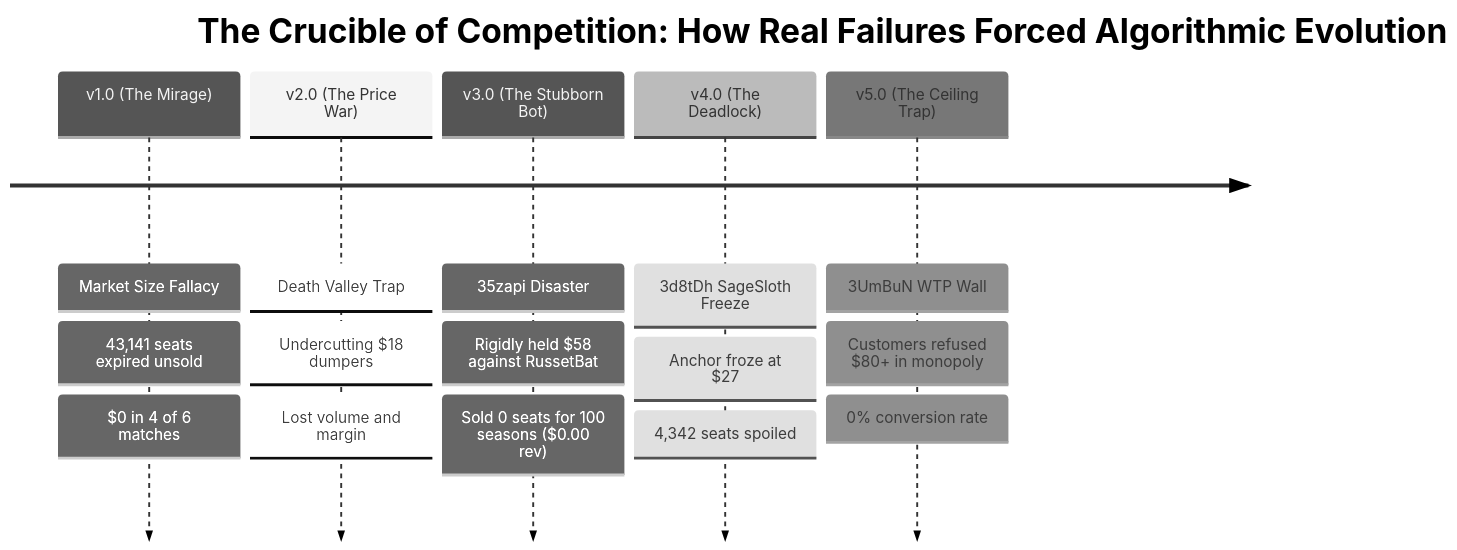
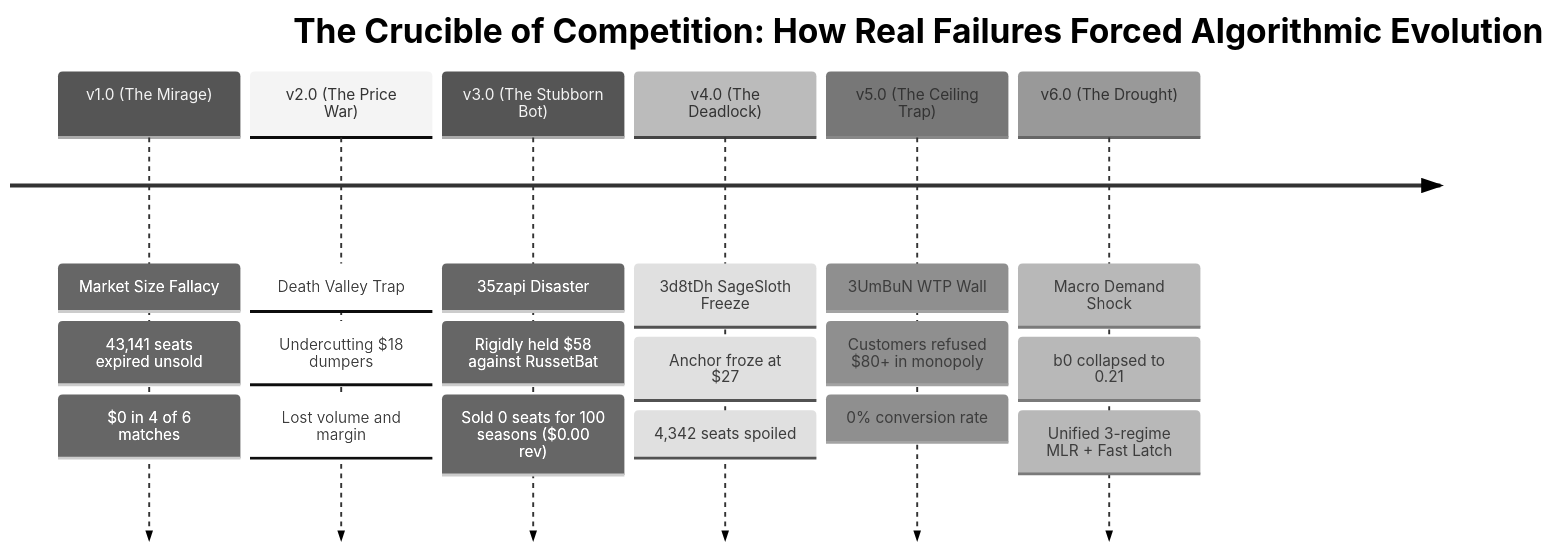
One commit to RamezCh/Learning-Optimization changed the second of 4 diagrams in PRESENTATION.md. Above: the diagram before and after it, drawn with Mermaid (neutral theme). The commit also changed other lines of this file and 16 other files, not shown here.

Commit message:
feat(v6.0): unify econometric MLR engine with 3-regime priors, fast low-demand detection, and simulation studio

````diff
--- a/PRESENTATION.md
+++ b/PRESENTATION.md
@@ -48,9 +48,10 @@
 ```mermaid
 timeline
     title The Crucible of Competition: How Real Failures Forced Algorithmic Evolution
     v1.0 (The Mirage) : Market Size Fallacy : 43,141 seats expired unsold : $0 in 4 of 6 matches
     v2.0 (The Price War) : Death Valley Trap : Undercutting $18 dumpers : Lost volume and margin
     v3.0 (The Stubborn Bot) : 35zapi Disaster : Rigidly held $58 against RussetBat : Sold 0 seats for 100 seasons ($0.00 rev)
     v4.0 (The Deadlock) : 3d8tDh SageSloth Freeze : Anchor froze at $27 : 4,342 seats spoiled
     v5.0 (The Ceiling Trap) : 3UmBuN WTP Wall : Customers refused $80+ in monopoly : 0% conversion rate
+    v6.0 (The Drought) : Macro Demand Shock : b0 collapsed to 0.21 : Unified 3-regime MLR + Fast Latch
 ```
````
